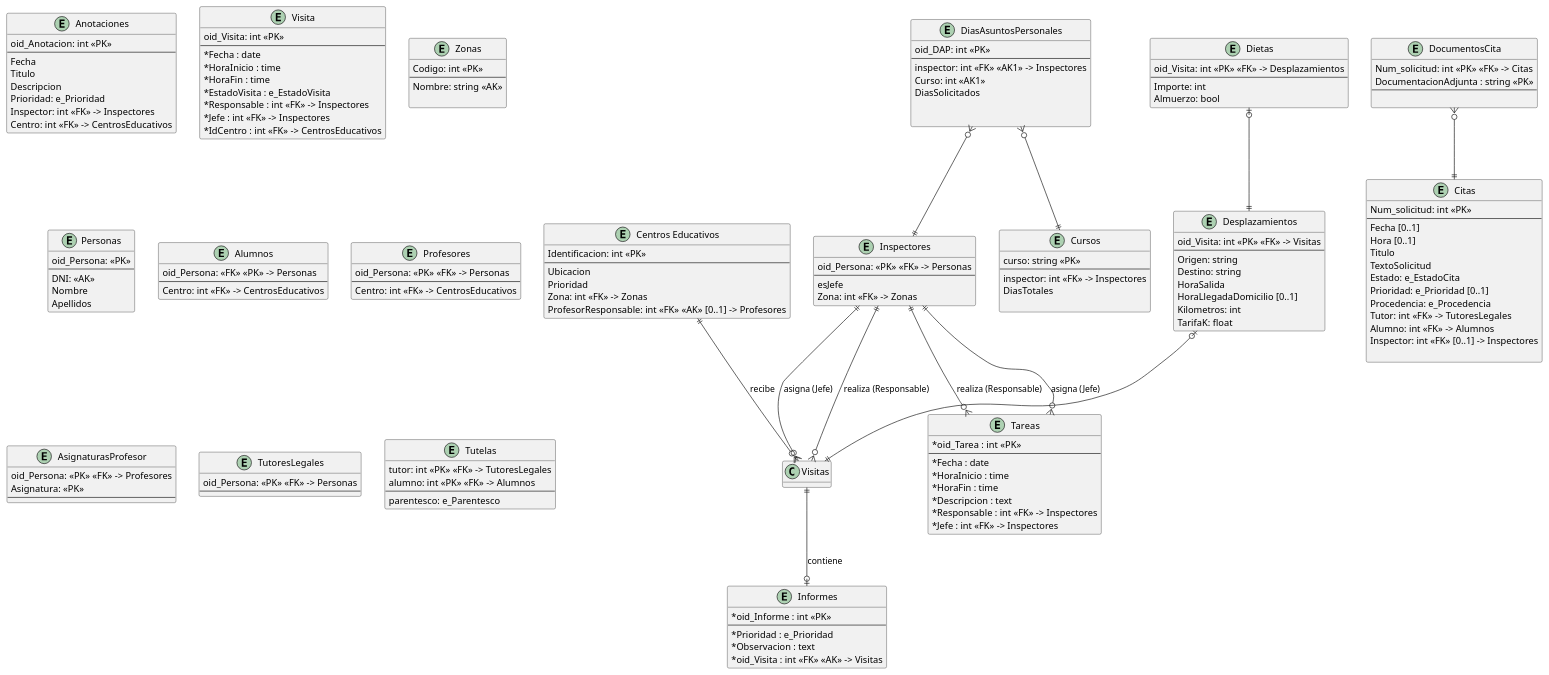
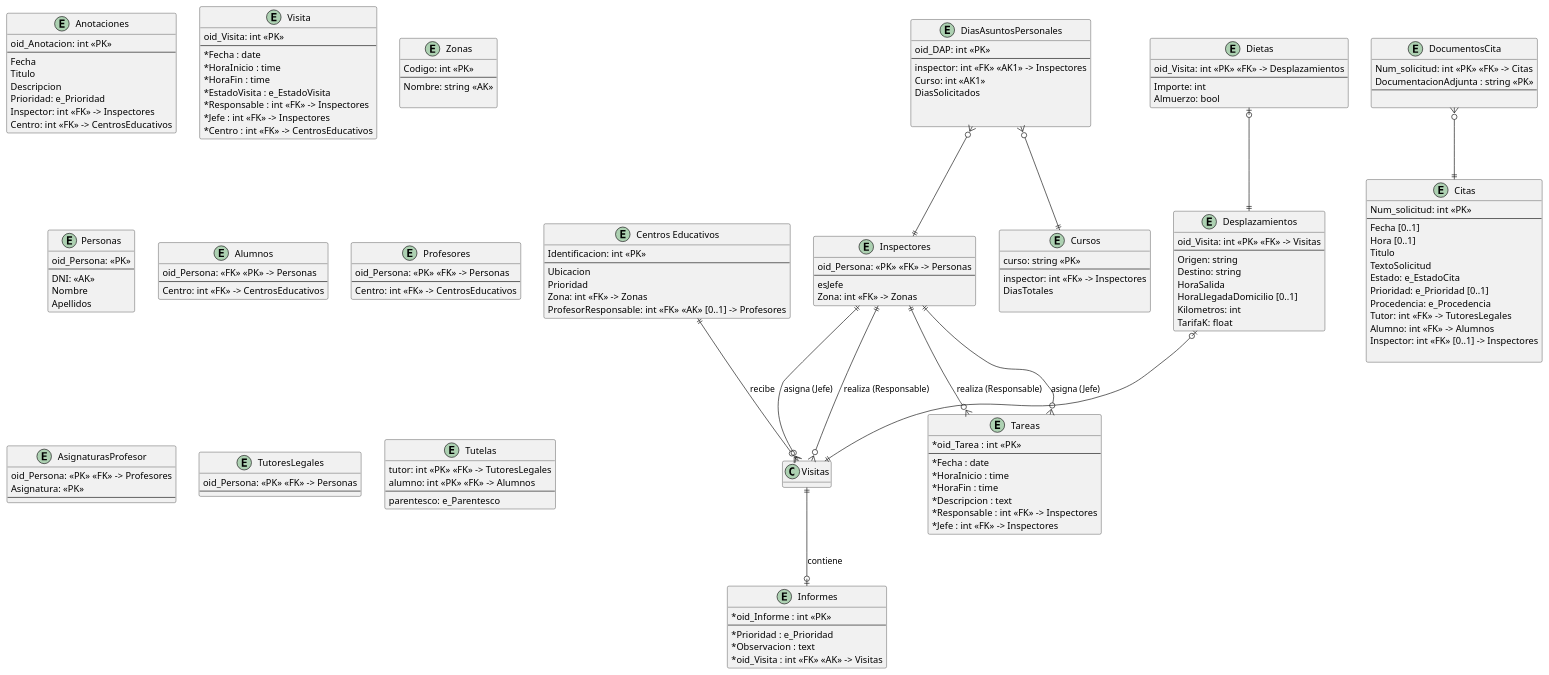
One commit to lorenzomaranon/ProyectoBD_Inspeccion_Educativa changed the diagram in modelado/modelado_relacional.puml. Above: the diagram before and after it, drawn with PlantUML.

Commit message:
Modifica otro sustantivo de rol que faltaba

```diff
--- a/modelado/modelado_relacional.puml
+++ b/modelado/modelado_relacional.puml
@@ -1,192 +1,192 @@
 @startuml modelado_relacional
 hide methods
 skinparam ClassAttributeIconSize 0
 
 
 entity "Centros Educativos" as CentrosEducativos {
     Identificacion: int <<PK>>
     --
     Ubicacion
     Prioridad
     Zona: int <<FK>> -> Zonas
     ProfesorResponsable: int <<FK>> <<AK>> [0..1] -> Profesores
 }
 
 
 entity DocumentosCita {
     Num_solicitud: int <<PK>> <<FK>> -> Citas
     DocumentacionAdjunta : string <<PK>>
     --
      
 }
 entity Citas {
     Num_solicitud: int <<PK>> 
     --
     Fecha [0..1]
     Hora [0..1]
     Titulo
     TextoSolicitud
     Estado: e_EstadoCita
     Prioridad: e_Prioridad [0..1]
     Procedencia: e_Procedencia
     Tutor: int <<FK>> -> TutoresLegales
     Alumno: int <<FK>> -> Alumnos
     Inspector: int <<FK>> [0..1] -> Inspectores
 
 }
 
 entity Anotaciones {
     oid_Anotacion: int <<PK>>
     --
     Fecha
     Titulo
     Descripcion
     Prioridad: e_Prioridad
     Inspector: int <<FK>> -> Inspectores
     Centro: int <<FK>> -> CentrosEducativos
 }
 
 
 
 entity Visita {
     oid_Visita: int <<PK>>
     --
     *Fecha : date
     *HoraInicio : time
     *HoraFin : time
     *EstadoVisita : e_EstadoVisita
     *Responsable : int <<FK>> -> Inspectores
     *Jefe : int <<FK>> -> Inspectores
-    *IdCentro : int <<FK>> -> CentrosEducativos
+    *Centro : int <<FK>> -> CentrosEducativos
 }
 
 entity Informes {
     *oid_Informe : int <<PK>>
     --
     *Prioridad : e_Prioridad
     *Observacion : text
     *oid_Visita : int <<FK>> <<AK>> -> Visitas
 }
 
 entity Tareas {
     *oid_Tarea : int <<PK>>
     --
     *Fecha : date
     *HoraInicio : time
     *HoraFin : time
     *Descripcion : text
     *Responsable : int <<FK>> -> Inspectores
     *Jefe : int <<FK>> -> Inspectores
 }
 
 
 
 entity Zonas {
     Codigo: int <<PK>>
     --
     Nombre: string <<AK>>
     
 }
 
 entity Personas {
     oid_Persona: <<PK>>
     --
     DNI: <<AK>>
     Nombre
     Apellidos
 }
 
 entity Inspectores {
     oid_Persona: <<PK>> <<FK>> -> Personas
     --
     esJefe
     Zona: int <<FK>> -> Zonas
 }
 entity Alumnos {
     oid_Persona: <<FK>> <<PK>> -> Personas
     --
     Centro: int <<FK>> -> CentrosEducativos
 }
 
 entity Profesores {
     oid_Persona: <<PK>> <<FK>> -> Personas
     --
     Centro: int <<FK>> -> CentrosEducativos
 }
 
 entity AsignaturasProfesor {
     oid_Persona: <<PK>> <<FK>> -> Profesores
     Asignatura: <<PK>>
     --
 }
 
 entity TutoresLegales {
     oid_Persona: <<PK>> <<FK>> -> Personas
     --
 }
 
 entity Tutelas {
     tutor: int <<PK>> <<FK>> -> TutoresLegales
     alumno: int <<PK>> <<FK>> -> Alumnos
     --
     parentesco: e_Parentesco
 }
 
 Inspectores ||--o{ Visitas : realiza (Responsable)
 Inspectores ||--o{ Visitas : asigna (Jefe)
 Inspectores ||--o{ Tareas : realiza (Responsable)
 Inspectores ||--o{ Tareas : asigna (Jefe)
 CentrosEducativos ||--o{ Visitas : recibe
 Visitas ||--o| Informes : contiene
 
 
 entity Desplazamientos {
     oid_Visita: int <<PK>> <<FK>> -> Visitas
     --
     Origen: string
     Destino: string
     HoraSalida
     HoraLlegadaDomicilio [0..1]
     Kilometros: int
     TarifaK: float
 }
 
 
 entity Dietas {
     oid_Visita: int <<PK>> <<FK>> -> Desplazamientos
     --
     Importe: int
     Almuerzo: bool
 }
 
 
 Desplazamientos |o--||Visitas
 Dietas |o--||Desplazamientos
 
 
 entity DiasAsuntosPersonales {
     oid_DAP: int <<PK>>
     --
     inspector: int <<FK>> <<AK1>> -> Inspectores
     Curso: int <<AK1>>
     DiasSolicitados
     
     
 }
 
 
 entity Cursos {
     curso: string <<PK>>
     --
     inspector: int <<FK>> -> Inspectores
     DiasTotales
 
 }
 
 DiasAsuntosPersonales }o--||Cursos
 DiasAsuntosPersonales }o--||Inspectores
 
 '------- ASOCIACIONES --------------------------------------
 DocumentosCita }o--|| Citas
 
 @enduml
```
